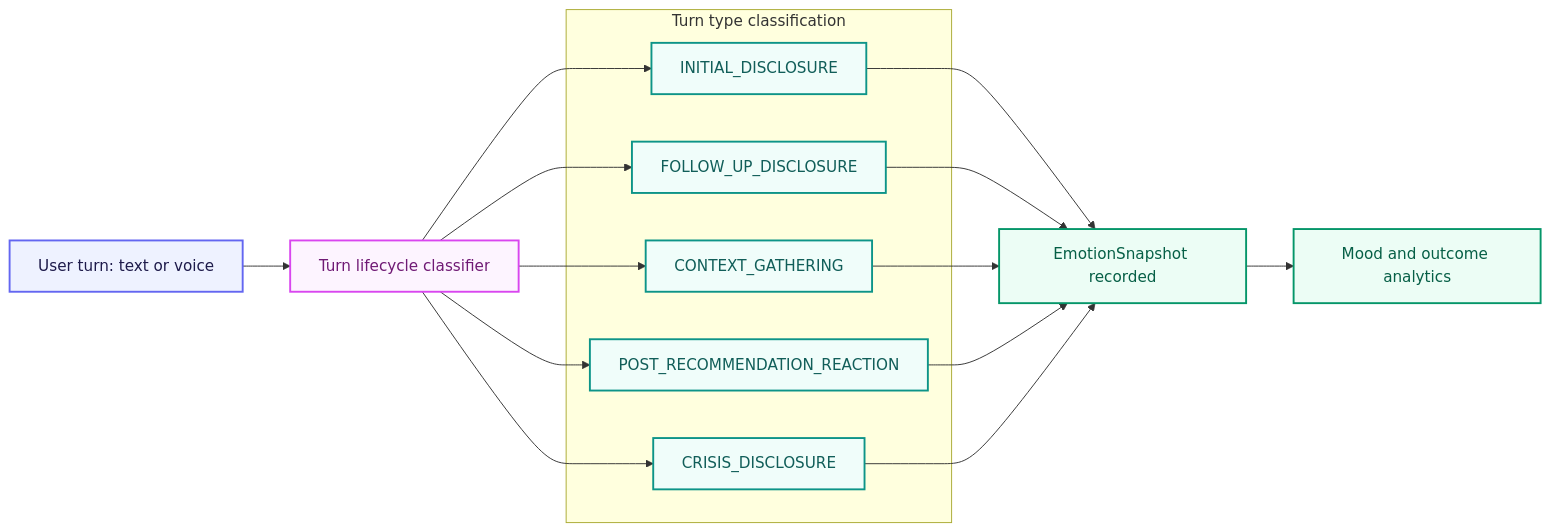
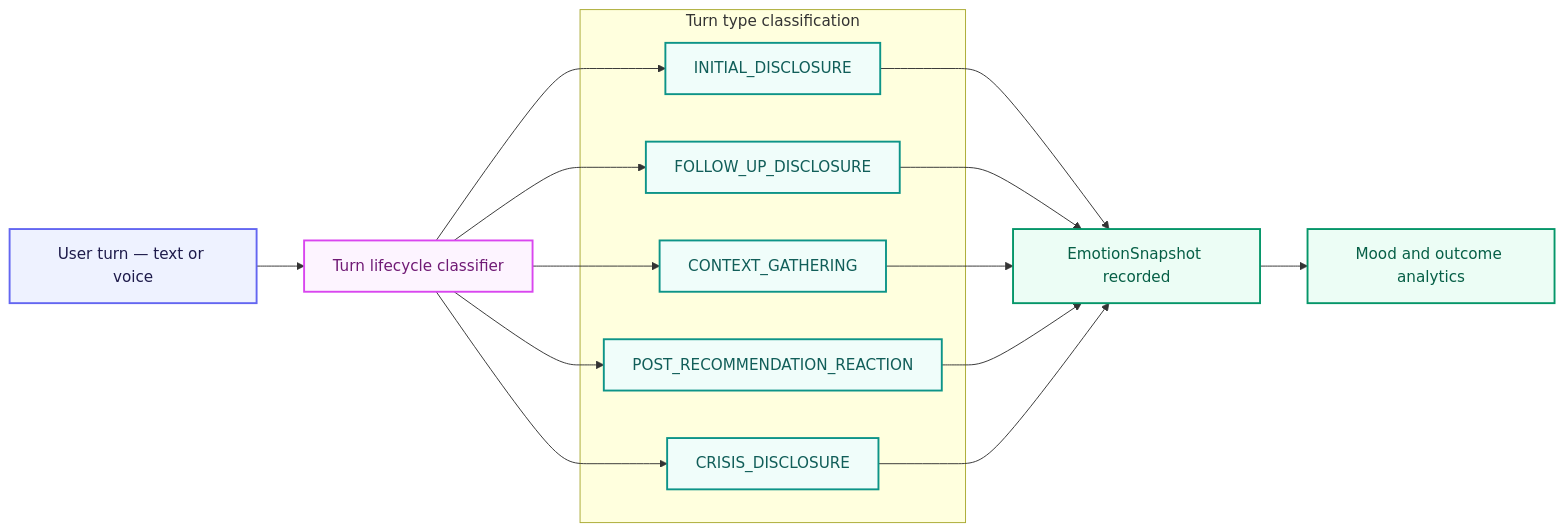
One commit to taha-mehmood-03/Personlaized-Trainer-Using-Agentic-AI changed the ninth of 18 diagrams in README.md. Above: the diagram before and after it, drawn with Mermaid. The commit also changed other lines of this file, not shown here.

````diff
--- a/README.md
+++ b/README.md
@@ -720,25 +541,25 @@
 ```mermaid
 flowchart LR
-    classDef input fill:#EEF2FF,stroke:#6366F1,stroke-width:2px,color:#1E1B4B;
-    classDef node fill:#FDF4FF,stroke:#D946EF,stroke-width:2px,color:#701A75;
-    classDef type fill:#F0FDFA,stroke:#0D9488,stroke-width:2px,color:#115E59;
-    classDef output fill:#ECFDF5,stroke:#059669,stroke-width:2px,color:#065F46;
+    classDef input fill:#EEF2FF,stroke:#6366F1,stroke-width:2px,color:#1E1B4B
+    classDef node fill:#FDF4FF,stroke:#D946EF,stroke-width:2px,color:#701A75
+    classDef type fill:#F0FDFA,stroke:#0D9488,stroke-width:2px,color:#115E59
+    classDef output fill:#ECFDF5,stroke:#059669,stroke-width:2px,color:#065F46
 
-    UserTurn["User turn: text or voice"]:::input
+    UserTurn["User turn — text or voice"]:::input
     Lifecycle["Turn lifecycle classifier"]:::node
 
     subgraph TurnTypes["Turn type classification"]
         Initial["INITIAL_DISCLOSURE"]:::type
         FollowUp["FOLLOW_UP_DISCLOSURE"]:::type
         Context["CONTEXT_GATHERING"]:::type
         Reaction["POST_RECOMMENDATION_REACTION"]:::type
         CrisisTurn["CRISIS_DISCLOSURE"]:::type
     end
 
     Snapshot["EmotionSnapshot recorded"]:::output
     Dashboard["Mood and outcome analytics"]:::output
 
     UserTurn --> Lifecycle
     Lifecycle --> Initial & FollowUp & Context & Reaction & CrisisTurn
     Initial & FollowUp & Context & Reaction & CrisisTurn --> Snapshot --> Dashboard
 ```
````
